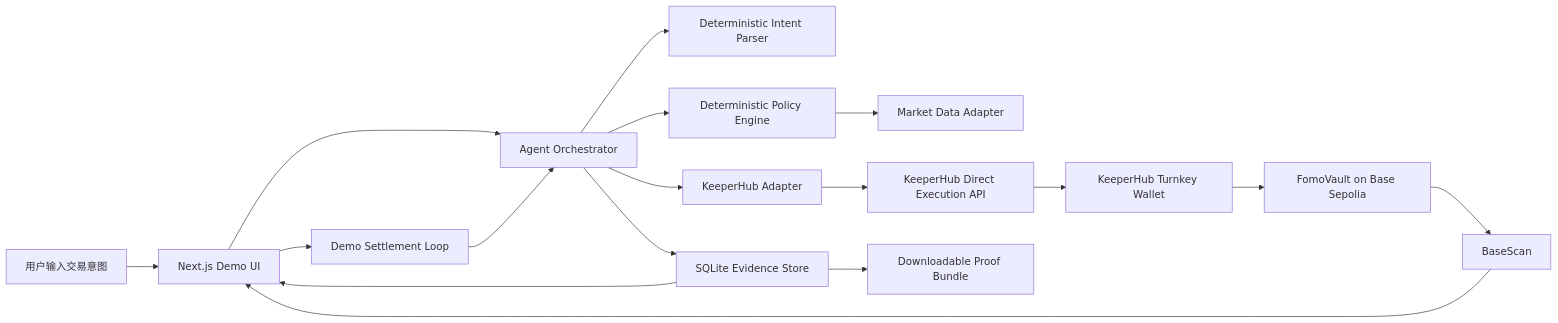
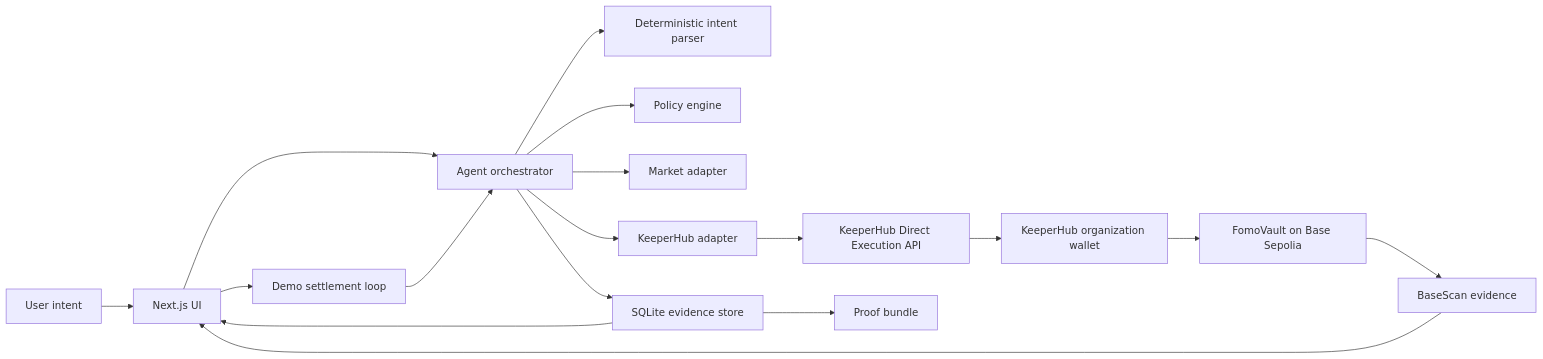
The first of 2 diagrams in docs/TECHNICAL_DESIGN.md (rectinajh/FOMO_Firewall), drawn with Mermaid before and after one commit. The commit also changed other lines of this file and 6 other files, not shown here.

````diff
--- a/docs/TECHNICAL_DESIGN.md
+++ b/docs/TECHNICAL_DESIGN.md
@@ -11,19 +23,19 @@
 ```mermaid
 flowchart LR
-    U["用户输入交易意图"] --> UI["Next.js Demo UI"]
-    UI --> A["Agent Orchestrator"]
-    A --> L["Deterministic Intent Parser"]
-    A --> P["Deterministic Policy Engine"]
-    P --> M["Market Data Adapter"]
-    A --> K["KeeperHub Adapter"]
+    U["User intent"] --> UI["Next.js UI"]
+    UI --> A["Agent orchestrator"]
+    A --> I["Deterministic intent parser"]
+    A --> P["Policy engine"]
+    A --> M["Market adapter"]
+    A --> K["KeeperHub adapter"]
     K --> KH["KeeperHub Direct Execution API"]
-    KH --> W["KeeperHub Turnkey Wallet"]
-    W --> C["FomoVault on Base Sepolia"]
-    A --> DB["SQLite Evidence Store"]
-    C --> E["BaseScan"]
+    KH --> W["KeeperHub organization wallet"]
+    W --> V["FomoVault on Base Sepolia"]
+    A --> DB["SQLite evidence store"]
     DB --> UI
-    DB --> PB["Downloadable Proof Bundle"]
-    UI --> SL["Demo Settlement Loop"]
-    SL --> A
-    E --> UI
+    DB --> PB["Proof bundle"]
+    UI --> S["Demo settlement loop"]
+    S --> A
+    V --> BS["BaseScan evidence"]
+    BS --> UI
 ```
````
